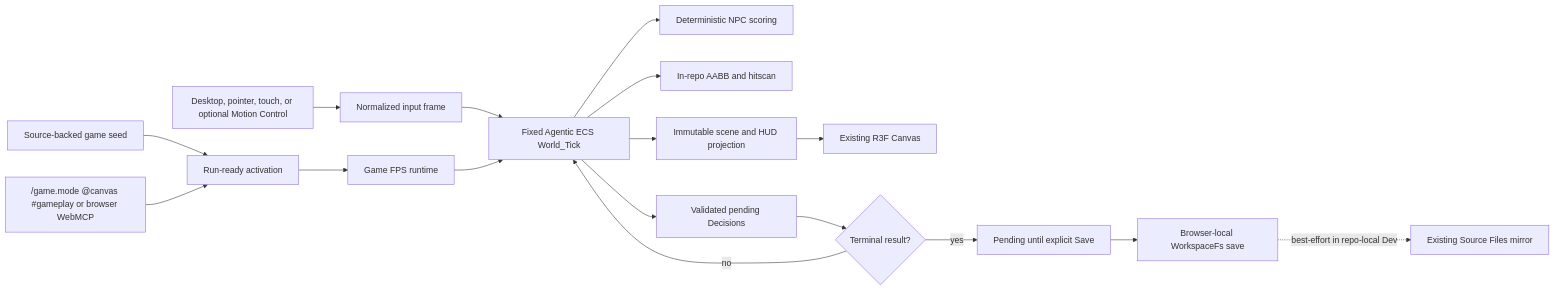
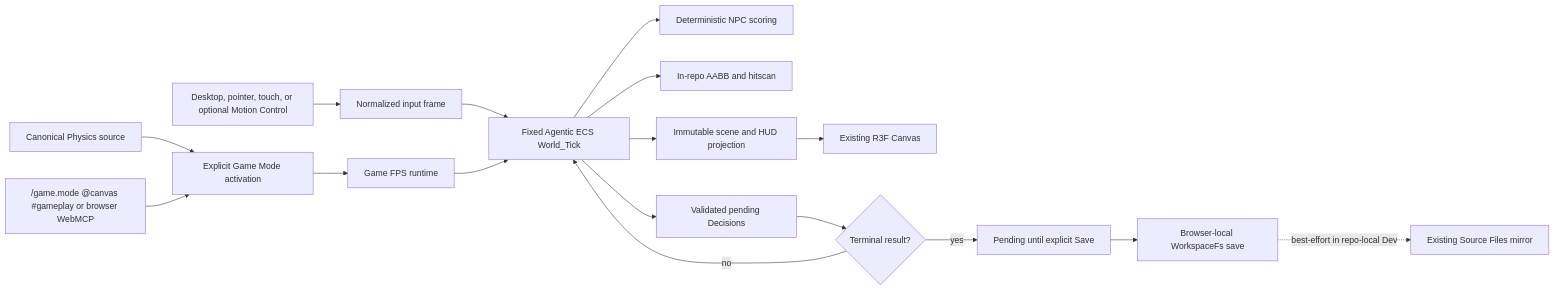
Before and after one commit to huijoohwee/knowgrph: the diagram in docs/documents/knowgrph-game-fps-prd-tad.md, drawn with Mermaid. The commit also changed other lines of this file and 20 other files, not shown here.

Commit message:
fix(home): make Physics the sole scene source

````diff
--- a/docs/documents/knowgrph-game-fps-prd-tad.md
+++ b/docs/documents/knowgrph-game-fps-prd-tad.md
@@ -255,19 +255,19 @@
 ```mermaid
 flowchart LR
-  SEED["Source-backed game seed"] --> ACTIVATE["Run-ready activation"]
+  SEED["Canonical Physics source"] --> ACTIVATE["Explicit Game Mode activation"]
   INVOKE["/game.mode @canvas #gameplay or browser WebMCP"] --> ACTIVATE
   ACTIVATE --> RUNTIME["Game FPS runtime"]
   INPUT["Desktop, pointer, touch, or optional Motion Control"] --> NORMALIZE["Normalized input frame"]
   NORMALIZE --> TICK["Fixed Agentic ECS World_Tick"]
   RUNTIME --> TICK
   TICK --> AI["Deterministic NPC scoring"]
   TICK --> COLLISION["In-repo AABB and hitscan"]
   TICK --> VIEW["Immutable scene and HUD projection"]
   VIEW --> THREE["Existing R3F Canvas"]
   TICK --> PENDING["Validated pending Decisions"]
   PENDING --> TERMINAL{"Terminal result?"}
   TERMINAL -->|no| TICK
   TERMINAL -->|yes| WAIT["Pending until explicit Save"]
   WAIT --> SAVE["Browser-local WorkspaceFs save"]
   SAVE -. "best-effort in repo-local Dev" .-> MIRROR["Existing Source Files mirror"]
 ```
````
